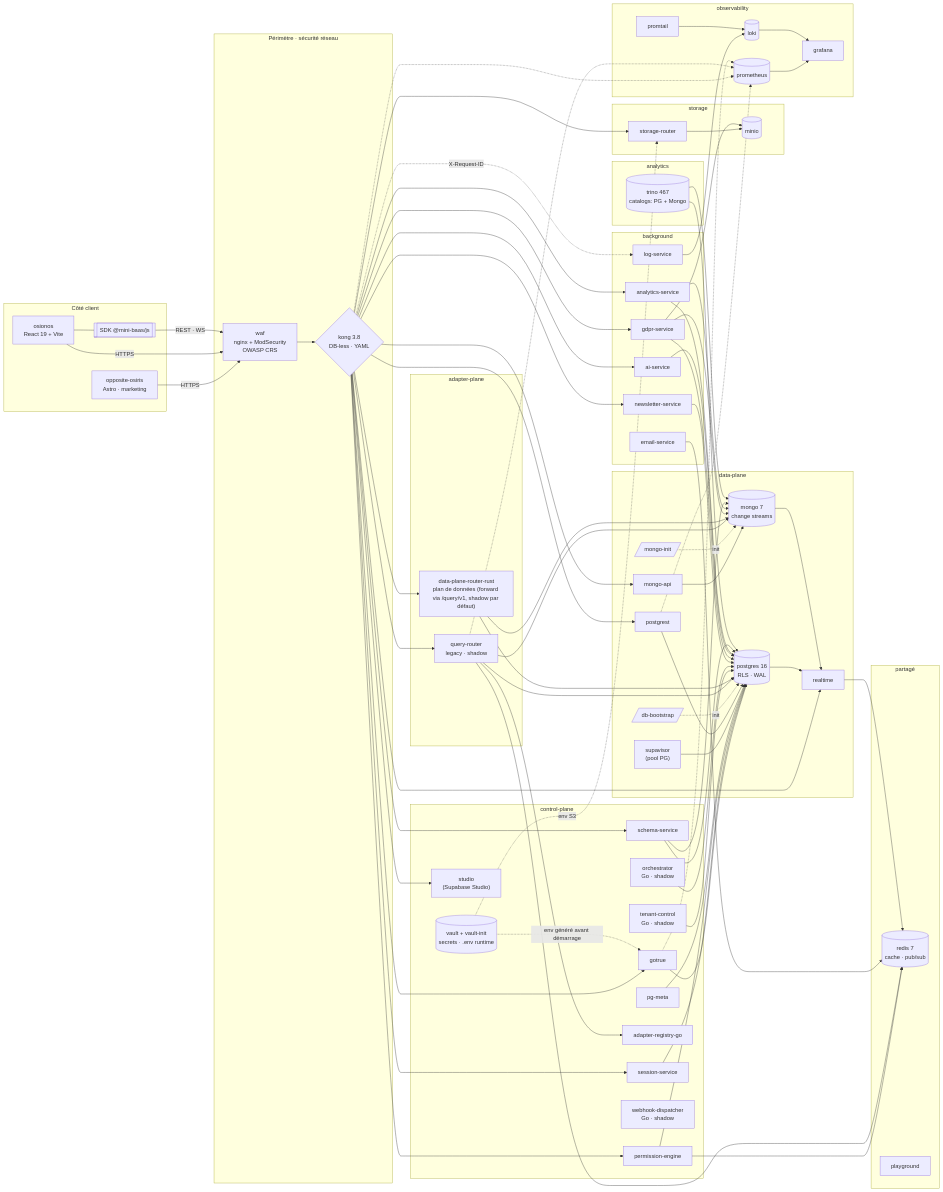
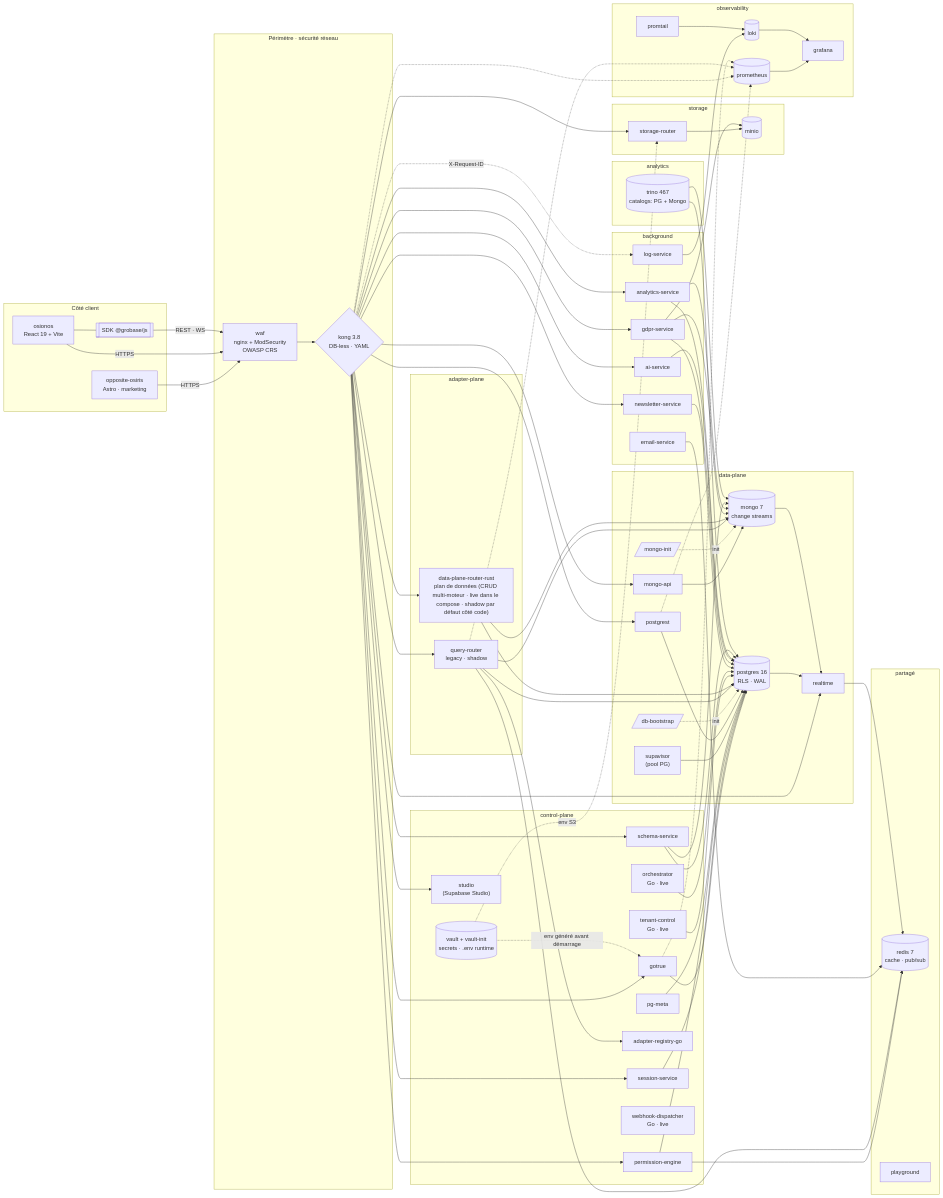
The third of 12 diagrams in wiki/dossier/osionos-dossier-projet.md (Univers42/grobase), drawn with Mermaid before and after one commit. The commit also changed other lines of this file and 1 other file, not shown here.

```diff
--- a/wiki/dossier/osionos-dossier-projet.md
+++ b/wiki/dossier/osionos-dossier-projet.md
@@ -423,7 +423,7 @@
     subgraph CLIENT["Côté client"]
         MK["opposite-osiris<br/>Astro · marketing"]
         APP["osionos<br/>React 19 + Vite"]
-        SDK[["SDK @mini-baas/js"]]
+        SDK[["SDK @grobase/js"]]
     end
 
     subgraph EDGE["Périmètre · sécurité réseau"]
@@ -439,9 +439,9 @@
         SCH["schema-service"]
         PGM["pg-meta"]
         ADR["adapter-registry-go"]
-        TC["tenant-control<br/>Go · shadow"]
-        WD["webhook-dispatcher<br/>Go · shadow"]
-        ORCH["orchestrator<br/>Go · shadow"]
+        TC["tenant-control<br/>Go · live"]
+        WD["webhook-dispatcher<br/>Go · live"]
+        ORCH["orchestrator<br/>Go · live"]
         STUDIO["studio<br/>(Supabase Studio)"]
     end
 
@@ -458,7 +458,7 @@
 
     subgraph ADP["adapter-plane"]
         QR["query-router<br/>legacy · shadow"]
-        DPR["data-plane-router-rust<br/>plan de données (forward via /query/v1, shadow par défaut)"]
+        DPR["data-plane-router-rust<br/>plan de données (CRUD multi-moteur · live dans le compose · shadow par défaut côté code)"]
     end
 
     subgraph STO["storage"]
```
